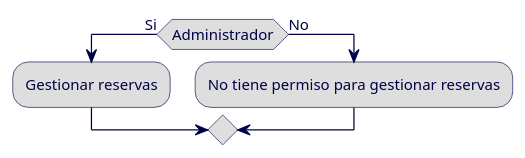
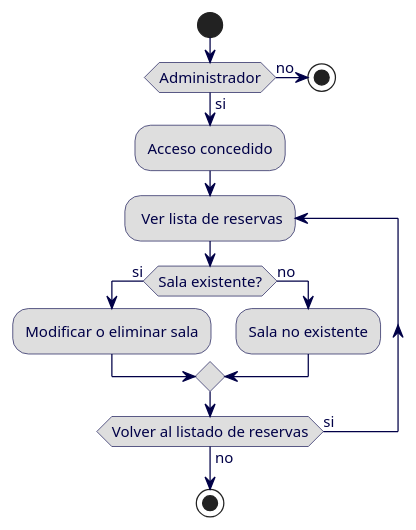
Before and after one commit to keiner5212/ing-software-p1-frontend: the diagram in UML/activity/req_8_activity_diagram.plantuml, drawn with PlantUML. The commit also changed 1 other file, not shown here.

Commit message:
Cambiando diagramas

```diff
--- a/UML/activity/req_8_activity_diagram.plantuml
+++ b/UML/activity/req_8_activity_diagram.plantuml
@@ -3,22 +3,31 @@
 @startuml req8
 
 skinparam {
     ArrowColor 010047
     BorderColor 010047
     ActivityBackgroundColor dedede
     ActivityBorderColor 010047
     ActivityFontColor 010047
     ActivityFontSize 12
     ArrowFontColor 010047
     ArrowFontSize 12
 }
 
 
-if (Administrador) then (Si)
-    :Gestionar reservas;
-else (No)
-    :No tiene permiso para gestionar reservas;
-endif
+start
+ if(Administrador) then (si)
+  :Acceso concedido;
+ else (no)
+  stop
+ endif
+ repeat: Ver lista de reservas
+ if(Sala existente?) then (si)
+  :Modificar o eliminar sala;
+ else (no)
+  :Sala no existente;
+ endif
+ repeat while (Volver al listado de reservas) is (si) not (no) 
+ stop
 
 
 @enduml
```
